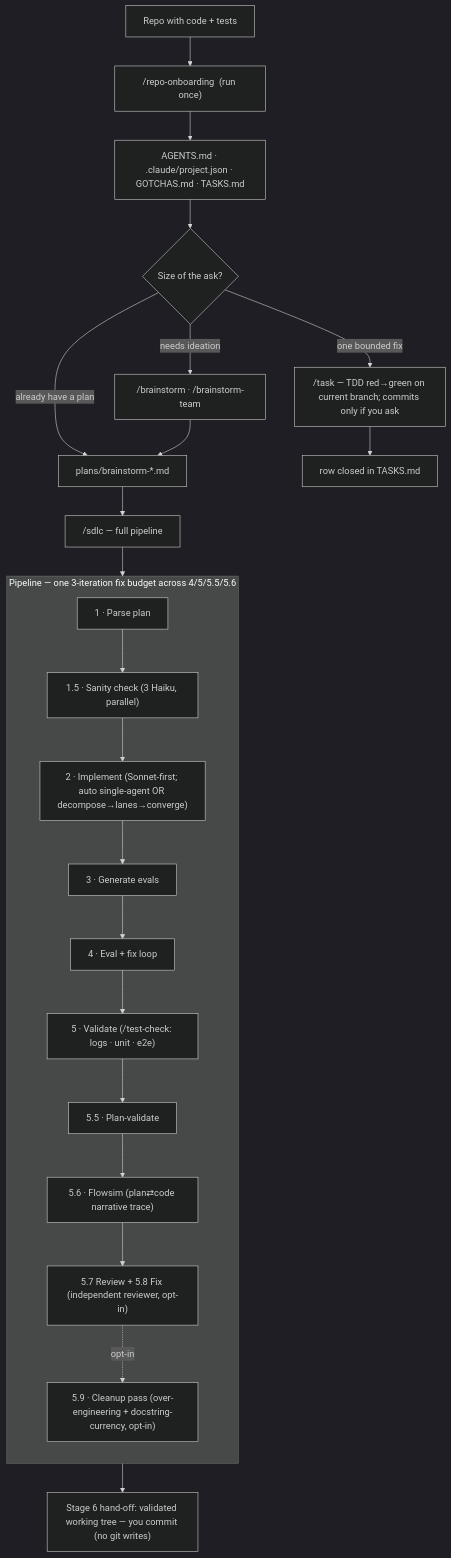
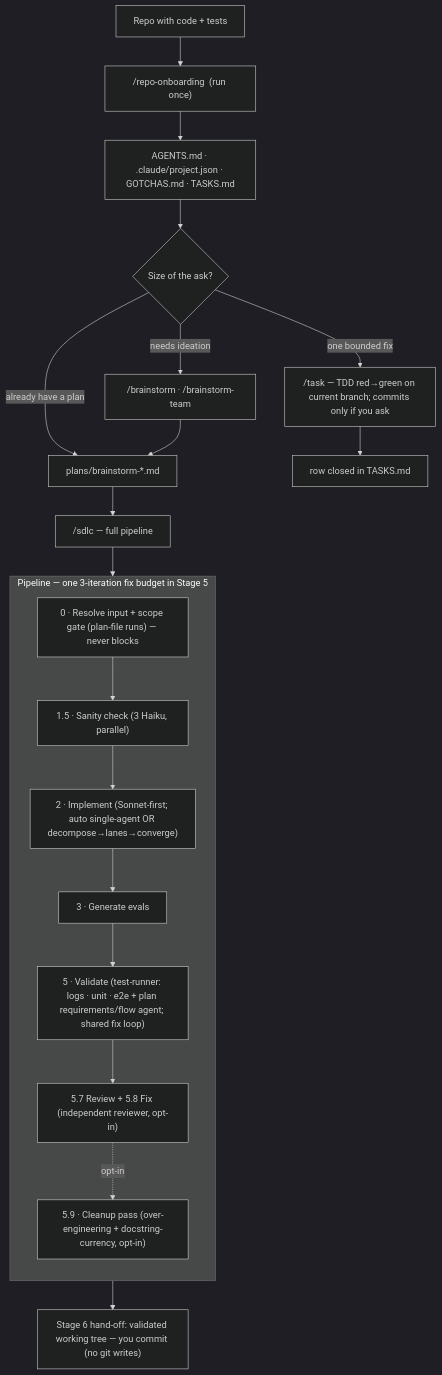
Before and after one commit to exerias21/brainstorm-toolkit: the diagram in docs/FLOW.md, drawn with Mermaid (dark theme). The commit also changed 10 other files, not shown here.

````diff
--- a/docs/FLOW.md
+++ b/docs/FLOW.md
@@ -25,28 +25,26 @@
 ```mermaid
 flowchart TD
     R["Repo with code + tests"] --> ONB["/repo-onboarding  (run once)"]
     ONB --> CFG["AGENTS.md · .claude/project.json · GOTCHAS.md · TASKS.md"]
     CFG --> PICK{"Size of the ask?"}
 
     PICK -->|"one bounded fix"| TASK["/task — TDD red→green on current branch; commits only if you ask"]
     PICK -->|"needs ideation"| BS["/brainstorm · /brainstorm-team"]
     PICK -->|"already have a plan"| PLAN["plans/brainstorm-*.md"]
     BS --> PLAN
 
     PLAN --> SDLC["/sdlc — full pipeline"]
     SDLC --> PIPE
 
-    subgraph PIPE ["Pipeline — one 3-iteration fix budget across 4/5/5.5/5.6"]
+    subgraph PIPE ["Pipeline — one 3-iteration fix budget in Stage 5"]
       direction TB
-      S1["1 · Parse plan"] --> S15["1.5 · Sanity check (3 Haiku, parallel)"]
+      S0["0 · Resolve input + scope gate (plan-file runs) — never blocks"] --> S15["1.5 · Sanity check (3 Haiku, parallel)"]
       S15 --> S2["2 · Implement (Sonnet-first; auto single-agent OR decompose→lanes→converge)"]
-      S2 --> S3["3 · Generate evals"] --> S4["4 · Eval + fix loop"]
-      S4 --> S5["5 · Validate (/test-check: logs · unit · e2e)"] --> S55["5.5 · Plan-validate"]
-      S55 --> S56["5.6 · Flowsim (plan⇄code narrative trace)"]
-      S56 --> S57["5.7 Review + 5.8 Fix (independent reviewer, opt-in)"]
+      S2 --> S3["3 · Generate evals"] --> S5["5 · Validate (test-runner: logs · unit · e2e + plan requirements/flow agent; shared fix loop)"]
+      S5 --> S57["5.7 Review + 5.8 Fix (independent reviewer, opt-in)"]
       S57 -.->|"opt-in"| S59["5.9 · Cleanup pass (over-engineering + docstring-currency, opt-in)"]
     end
 
     PIPE --> HO["Stage 6 hand-off: validated working tree — you commit (no git writes)"]
     TASK --> DONE["row closed in TASKS.md"]
 ```
````
